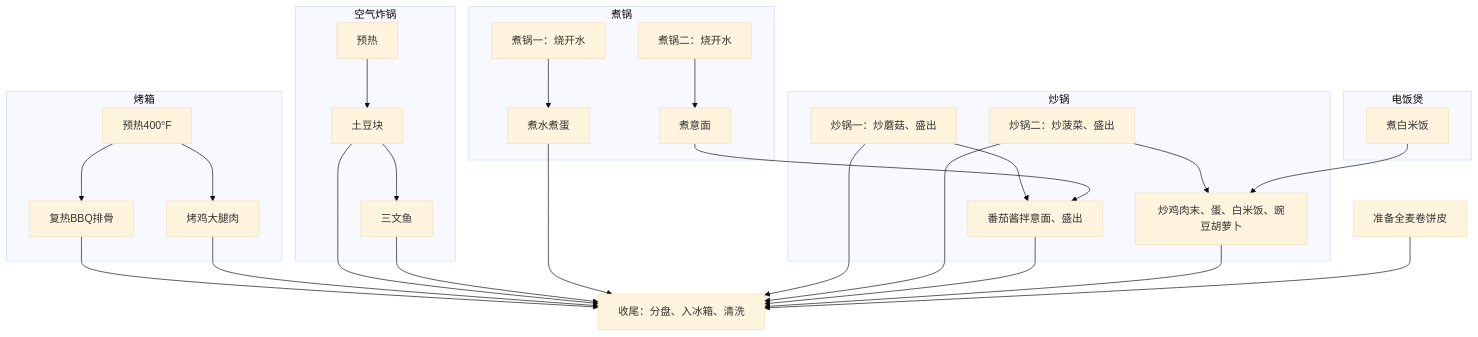
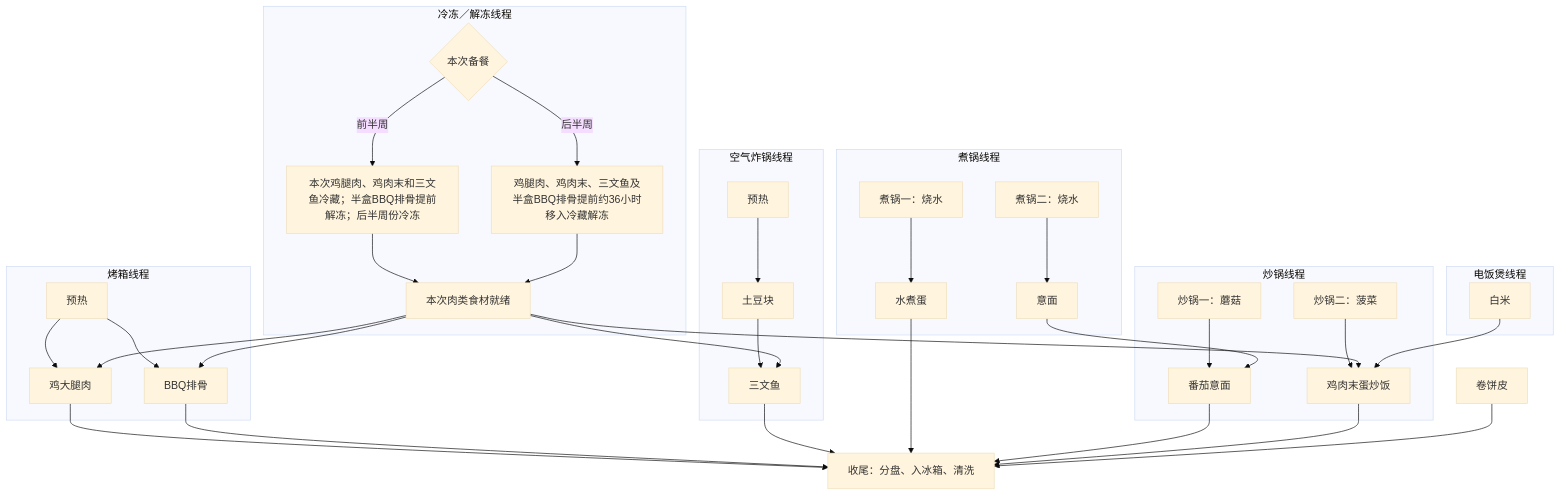
One commit to yunhaixiang/yhmath changed the diagram in content/posts/healthy-eating-plan.md. Above: the diagram before and after it, drawn with Mermaid (base theme). The commit also changed other lines of this file and 9 other files, not shown here.

````diff
--- a/content/posts/healthy-eating-plan.md
+++ b/content/posts/healthy-eating-plan.md
@@ -99,33 +105,40 @@
 ```mermaid
 flowchart TB
-    subgraph rice[电饭煲]
-        R1[煮白米饭]
+    subgraph cold[冷冻／解冻线程]
+        C0{本次备餐} -->|前半周| C1[本次鸡腿肉、鸡肉末和三文鱼冷藏；半盒BBQ排骨提前解冻；后半周份冷冻]
+        C0 -->|后半周| C2[鸡腿肉、鸡肉末、三文鱼及半盒BBQ排骨提前约36小时移入冷藏解冻]
+        C1 --> C3[本次肉类食材就绪]
+        C2 --> C3
     end
-    subgraph oven[烤箱]
-        O0[预热400°F] --> O2[烤鸡大腿肉]
-        O0 --> O1[复热BBQ排骨]
+    subgraph rice[电饭煲线程]
+        SR[白米]
     end
-    subgraph air[空气炸锅]
-        A0[预热] --> A4[土豆块] --> A1[三文鱼]
+    subgraph oven[烤箱线程]
+        SO0[预热] --> SO2[鸡大腿肉]
+        SO0 --> SO1[BBQ排骨]
     end
-    subgraph pots[煮锅]
-        P3[煮锅一：烧开水] --> P2[煮水煮蛋]
-        P0[煮锅二：烧开水] --> P1[煮意面]
+    subgraph air[空气炸锅线程]
+        SA0[预热] --> SA4[土豆块] --> SA1[三文鱼]
     end
-    subgraph woks[炒锅]
-        W1[炒锅一：炒蘑菇、盛出] --> W3[番茄酱拌意面、盛出]
-        W2[炒锅二：炒菠菜、盛出] --> W4[炒鸡肉末、蛋、白米饭、豌豆胡萝卜]
+    subgraph pots[煮锅线程]
+        SP0[煮锅一：烧水] --> SP2[水煮蛋]
+        SP3[煮锅二：烧水] --> SP1[意面]
     end
-    P1 --> W3
-    R1 --> W4
-    O1 --> F[收尾：分盘、入冰箱、清洗]
-    O2 --> F
-    A4 --> F
-    A1 --> F
-    P2 --> F
-    W1 --> F
-    W2 --> F
-    W3 --> F
-    W4 --> F
-    T1[准备全麦卷饼皮] --> F
+    subgraph woks[炒锅线程]
+        SW1[炒锅一：蘑菇] --> SW3[番茄意面]
+        SW2[炒锅二：菠菜] --> SW4[鸡肉末蛋炒饭]
+    end
+    C3 --> SO2
+    C3 --> SO1
+    C3 --> SA1
+    C3 --> SW4
+    SR --> SW4
+    SP1 --> SW3
+    SO2 --> SF[收尾：分盘、入冰箱、清洗]
+    SO1 --> SF
+    SA1 --> SF
+    SP2 --> SF
+    SW3 --> SF
+    SW4 --> SF
+    ST[卷饼皮] --> SF
 ```
````
